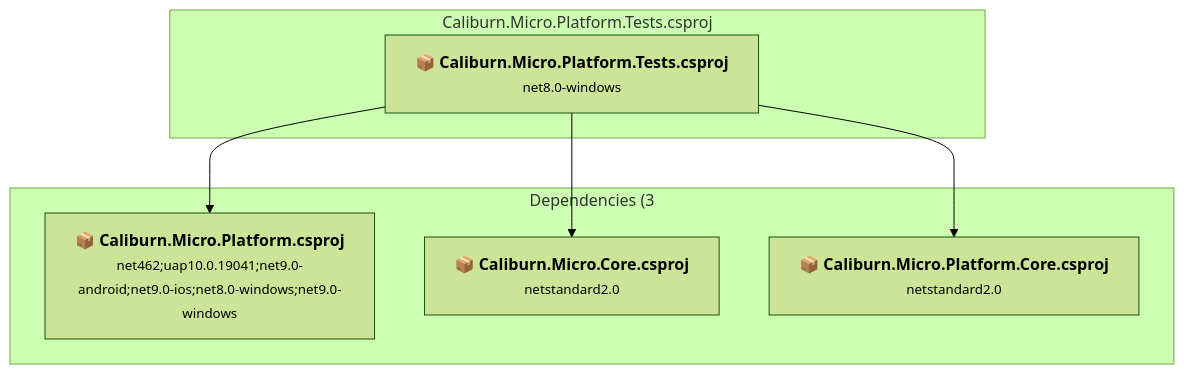
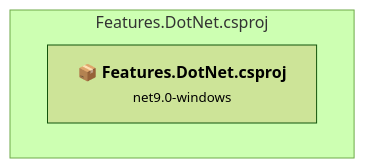
Before and after one commit to gerfen/Caliburn.Micro: the fifth of 8 diagrams in .github/upgrades/scenarios/dotnet-version-upgrade/assessment.md, drawn with Mermaid (forest theme). The commit also changed other lines of this file and 16 other files, not shown here.

````diff
--- a/.github/upgrades/scenarios/dotnet-version-upgrade/assessment.md
+++ b/.github/upgrades/scenarios/dotnet-version-upgrade/assessment.md
@@ -651,19 +298,8 @@
 ```mermaid
 flowchart TB
-    subgraph current["Caliburn.Micro.Platform.Tests.csproj"]
-        MAIN["<b>📦&nbsp;Caliburn.Micro.Platform.Tests.csproj</b><br/><small>net8.0-windows</small>"]
-        click MAIN "#caliburnmicroplatformtestscaliburnmicroplatformtestscsproj"
+    subgraph current["Features.DotNet.csproj"]
+        MAIN["<b>📦&nbsp;Features.DotNet.csproj</b><br/><small>net9.0-windows</small>"]
+        click MAIN "#featuresnetfivefeaturesdotnetcsproj"
     end
-    subgraph downstream["Dependencies (3"]
-        P2["<b>📦&nbsp;Caliburn.Micro.Platform.csproj</b><br/><small>net462;uap10.0.19041;net9.0-android;net9.0-ios;net8.0-windows;net9.0-windows</small>"]
-        P1["<b>📦&nbsp;Caliburn.Micro.Core.csproj</b><br/><small>netstandard2.0</small>"]
-        P5["<b>📦&nbsp;Caliburn.Micro.Platform.Core.csproj</b><br/><small>netstandard2.0</small>"]
-        click P2 "#caliburnmicroplatformcaliburnmicroplatformcsproj"
-        click P1 "#caliburnmicrocorecaliburnmicrocorecsproj"
-        click P5 "#caliburnmicroplatformcorecaliburnmicroplatformcorecsproj"
-    end
-    MAIN --> P2
-    MAIN --> P1
-    MAIN --> P5
 
 ```
````
